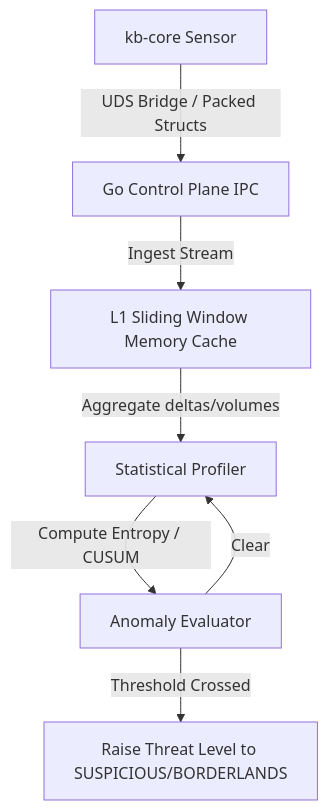
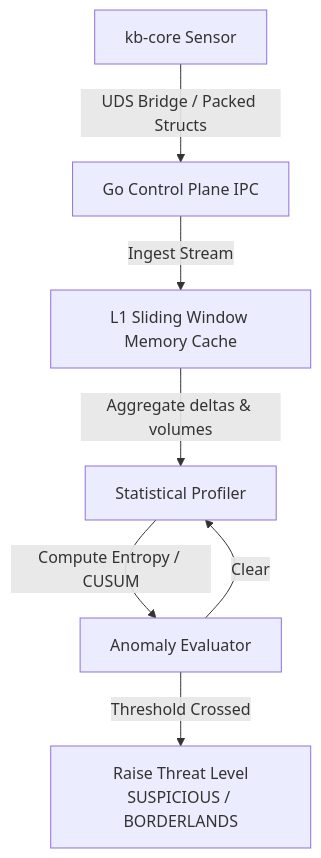
Before and after one commit to pardhuvarmax/kernel-borderlands: the diagram in docs/shared-docs/control-aads/dev-exfiltration-detection.md, drawn with Mermaid.

Commit message:
Revise mermaid diagram in detection documentation
Updated mermaid diagram syntax for clarity and consistency.

````diff
--- a/docs/shared-docs/control-aads/dev-exfiltration-detection.md
+++ b/docs/shared-docs/control-aads/dev-exfiltration-detection.md
@@ -57,9 +57,16 @@
 ```mermaid
 graph TD
-    KBCore[kb-core Sensor] -->|UDS Bridge / Packed Structs| GoIPC[Go Control Plane IPC]
-    GoIPC -->|Ingest Stream| sliding_window[L1 Sliding Window Memory Cache]
-    sliding_window -->|Aggregate deltas/volumes| stats_calc[Statistical Profiler]
-    stats_calc -->|Compute Entropy / CUSUM| anomaly_eval[Anomaly Evaluator]
-    anomaly_eval -->|Threshold Crossed| alert[Raise Threat Level to SUSPICIOUS/BORDERLANDS]
-    anomaly_eval -->|Clear| stats_calc
+    KBCore["kb-core Sensor"]
+    GoIPC["Go Control Plane IPC"]
+    SlidingWindow["L1 Sliding Window Memory Cache"]
+    StatsCalc["Statistical Profiler"]
+    AnomalyEval["Anomaly Evaluator"]
+    Alert["Raise Threat Level<br/>SUSPICIOUS / BORDERLANDS"]
+
+    KBCore -->|"UDS Bridge / Packed Structs"| GoIPC
+    GoIPC -->|"Ingest Stream"| SlidingWindow
+    SlidingWindow -->|"Aggregate deltas & volumes"| StatsCalc
+    StatsCalc -->|"Compute Entropy / CUSUM"| AnomalyEval
+    AnomalyEval -->|"Threshold Crossed"| Alert
+    AnomalyEval -->|"Clear"| StatsCalc
 ```
````
